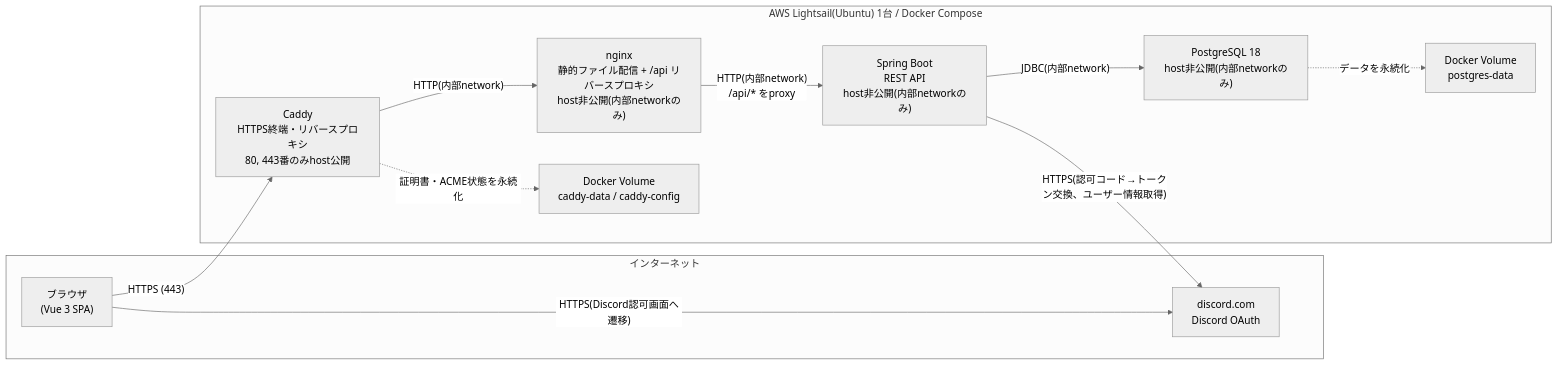
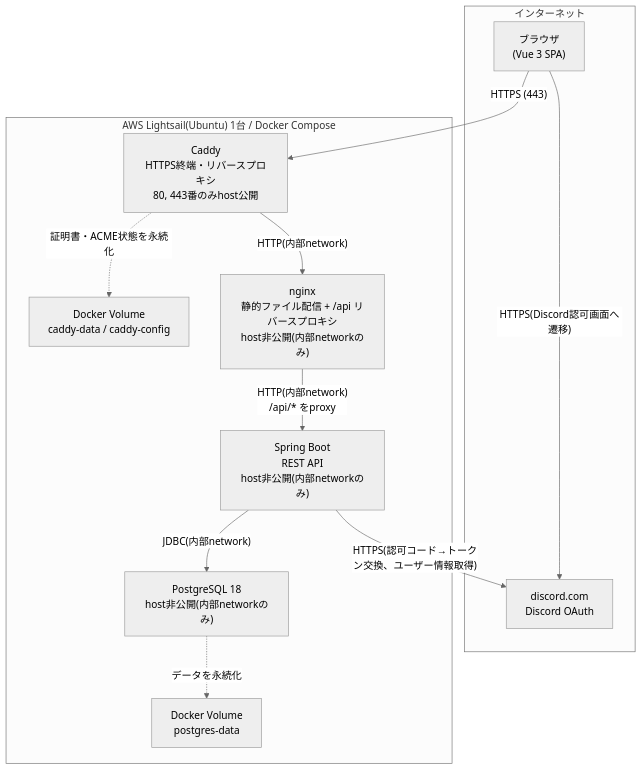
The diagram in docs/architecture.md (krbn96/fighter-hub), drawn with Mermaid (neutral theme) before and after one commit. The commit also changed 6 other files, not shown here.

Commit message:
docs: improve screenshots and architecture layout

````diff
--- a/docs/architecture.md
+++ b/docs/architecture.md
@@ -5,27 +5,29 @@
 ```mermaid
-flowchart LR
+flowchart TD
     subgraph Internet["インターネット"]
         Browser["ブラウザ<br/>(Vue 3 SPA)"]
         Discord["discord.com<br/>Discord OAuth"]
     end
 
+    Browser -- "HTTPS (443)" --> Caddy
+
     subgraph Lightsail["AWS Lightsail(Ubuntu) 1台 / Docker Compose"]
         Caddy["Caddy<br/>HTTPS終端・リバースプロキシ<br/>80, 443番のみhost公開"]
+        CaddyVolume["Docker Volume<br/>caddy-data / caddy-config"]
+        Caddy -. "証明書・ACME状態を永続化" .-> CaddyVolume
+
+        Caddy -- "HTTP(内部network)" --> Nginx
         Nginx["nginx<br/>静的ファイル配信 + /api リバースプロキシ<br/>host非公開(内部networkのみ)"]
+
+        Nginx -- "HTTP(内部network)<br/>/api/* をproxy" --> Backend
         Backend["Spring Boot<br/>REST API<br/>host非公開(内部networkのみ)"]
+
+        Backend -- "JDBC(内部network)" --> Postgres
         Postgres["PostgreSQL 18<br/>host非公開(内部networkのみ)"]
-        CaddyVolume["Docker Volume<br/>caddy-data / caddy-config"]
         PostgresVolume["Docker Volume<br/>postgres-data"]
+        Postgres -. "データを永続化" .-> PostgresVolume
     end
-
-    Browser -- "HTTPS (443)" --> Caddy
-    Caddy -- "HTTP(内部network)" --> Nginx
-    Nginx -- "HTTP(内部network)<br/>/api/* をproxy" --> Backend
-    Backend -- "JDBC(内部network)" --> Postgres
-
-    Caddy -. "証明書・ACME状態を永続化" .-> CaddyVolume
-    Postgres -. "データを永続化" .-> PostgresVolume
 
     Browser -- "HTTPS(Discord認可画面へ遷移)" --> Discord
     Backend -- "HTTPS(認可コード→トークン交換、ユーザー情報取得)" --> Discord
 ```
````
